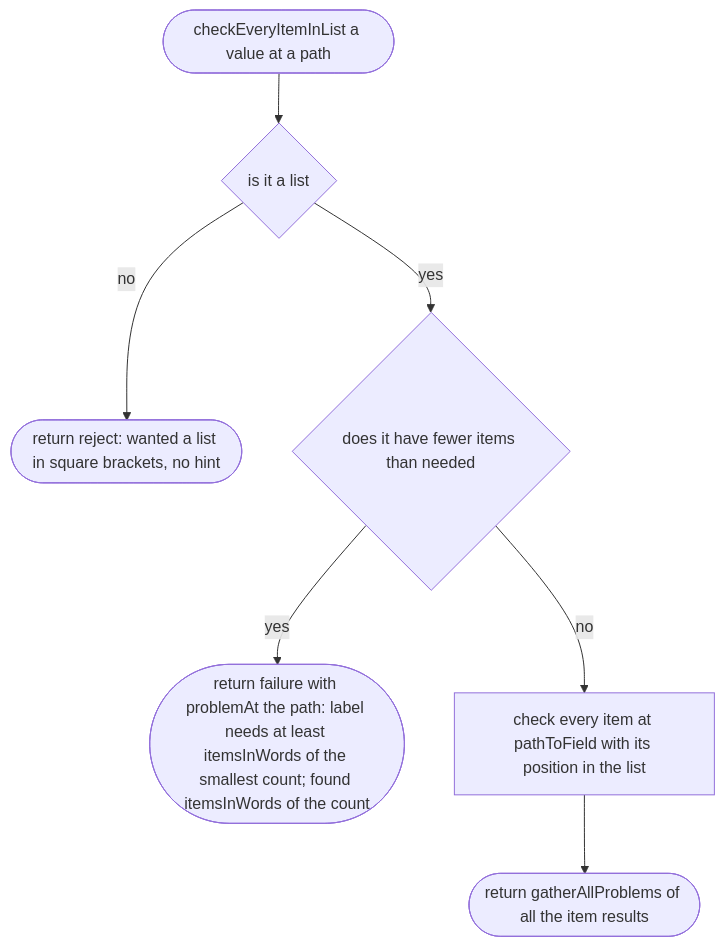
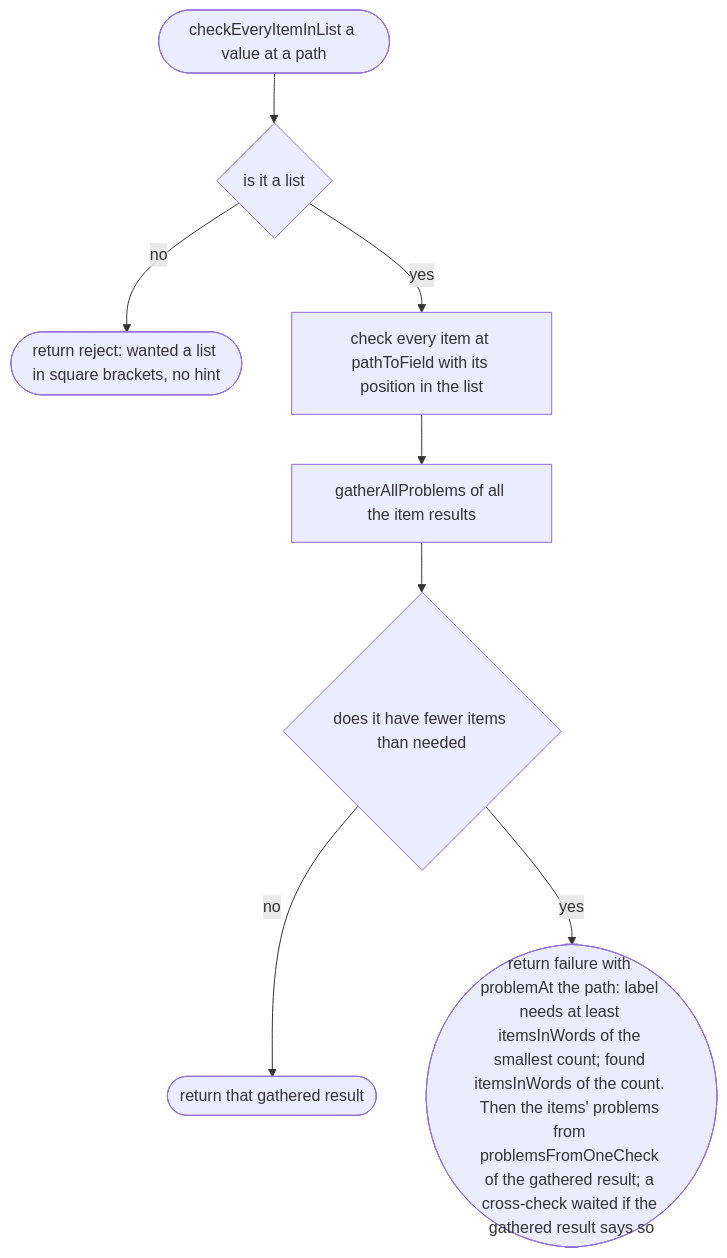
Before and after one commit to NewDara-Star/world-engine: diagram 19 of 38 in docs/designs/src/place/parse.md, drawn with Mermaid. The commit also changed other lines of this file and 10 other files, not shown here.

````diff
--- a/docs/designs/src/place/parse.md
+++ b/docs/designs/src/place/parse.md
@@ -280,16 +284,18 @@
 ```mermaid
 flowchart TD
   s(["checkEveryItemInList a value at a path"])
   a{"is it a list"}
   b(["return reject: wanted a list in square brackets, no hint"])
+  e["check every item at pathToField with its position in the list"]
+  g["gatherAllProblems of all the item results"]
   c{"does it have fewer items than needed"}
-  d(["return failure with problemAt the path: label needs at least itemsInWords of the smallest count; found itemsInWords of the count"])
-  e["check every item at pathToField with its position in the list"]
-  f(["return gatherAllProblems of all the item results"])
+  f(["return that gathered result"])
+  d(["return failure with problemAt the path: label needs at least itemsInWords of the smallest count; found itemsInWords of the count. Then the items' problems from problemsFromOneCheck of the gathered result; a cross-check waited if the gathered result says so"])
   s --> a
   a -->|"no"| b
-  a -->|"yes"| c
+  a -->|"yes"| e
+  e --> g
+  g --> c
+  c -->|"no"| f
   c -->|"yes"| d
-  c -->|"no"| e
-  e --> f
 ```
````
